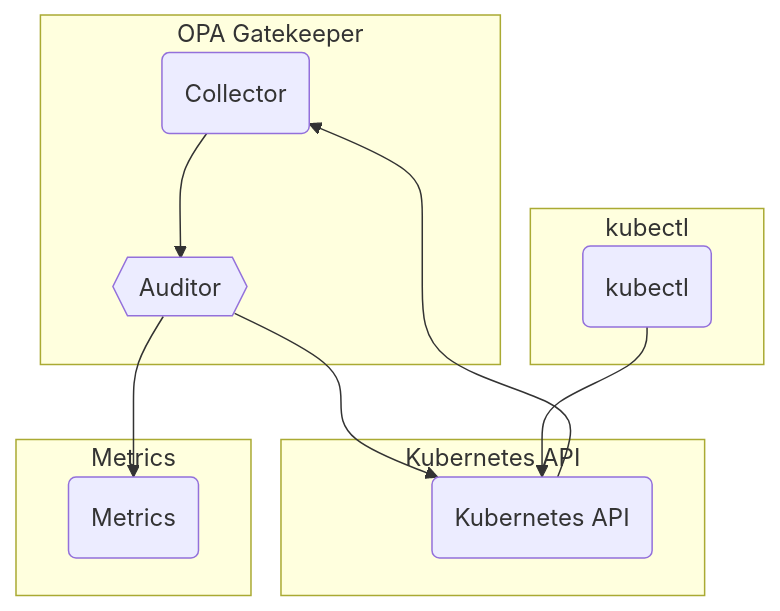
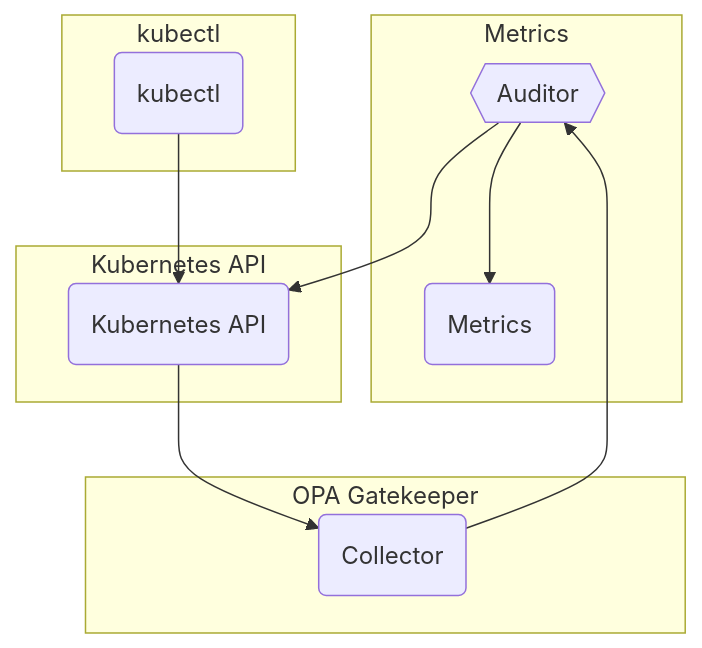
Before and after one commit to rjferguson21/big-bang: the diagram in charter/packages/opa-gatekeeper/Architecture.md, drawn with Mermaid.

````diff
--- a/charter/packages/opa-gatekeeper/Architecture.md
+++ b/charter/packages/opa-gatekeeper/Architecture.md
@@ -9,19 +9,20 @@
 ```mermaid
 graph TB
+  subgraph "Metrics"
+    auditor{{Auditor}} --> metrics("Metrics")
+  end
+  
   subgraph "OPA Gatekeeper"
     collector("Collector") --> auditor{{Auditor}}
   end      
 
   subgraph "Kubernetes API"
     api("Kubernetes API") --> collector("Collector")
     auditor{{Auditor}} --> api("Kubernetes API")
   end
 
   subgraph "kubectl"
     ctl("kubectl") --> api("Kubernetes API")
   end
 
-  subgraph "Metrics"
-    auditor{{Auditor}} --> metrics("Metrics")
-  end
 ```
````
